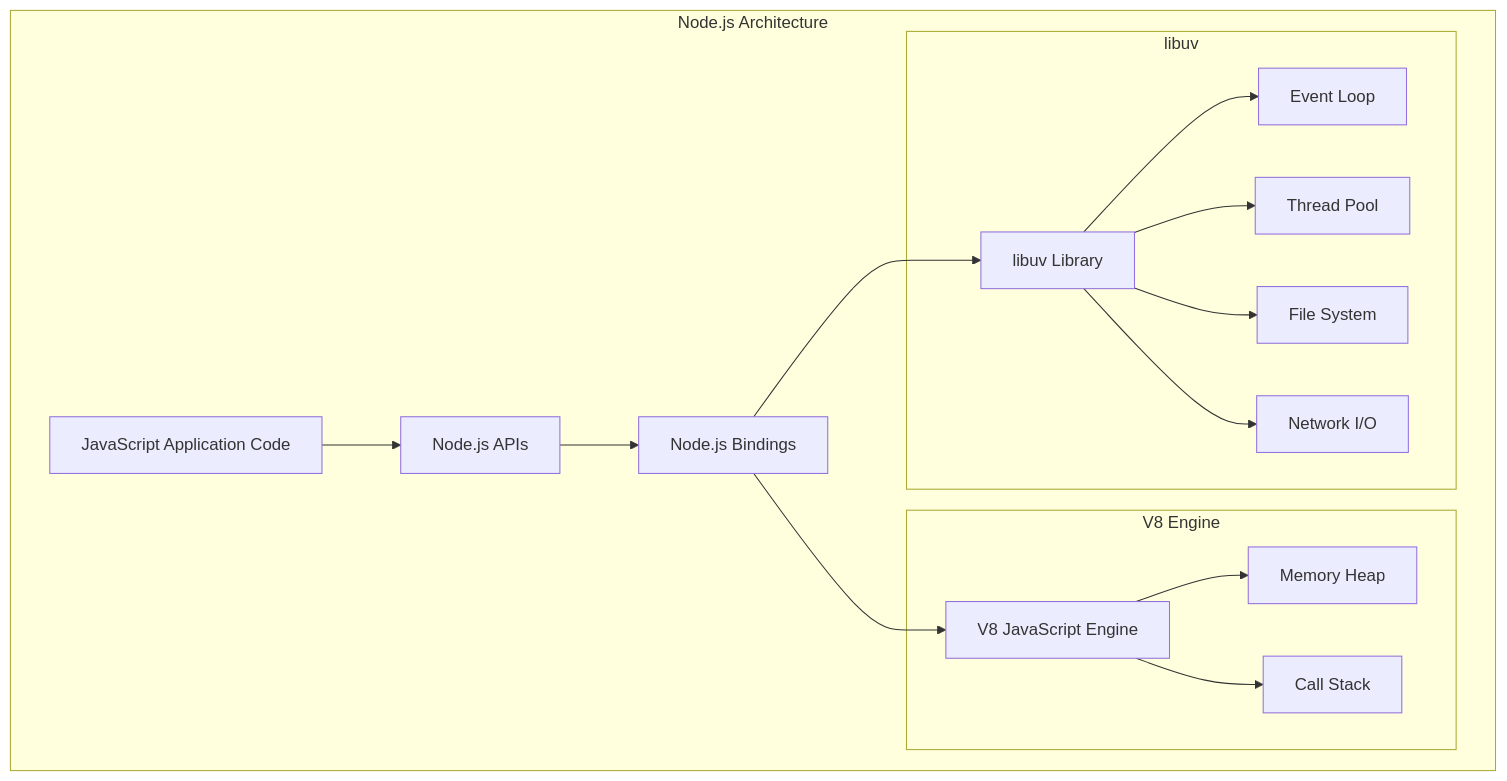
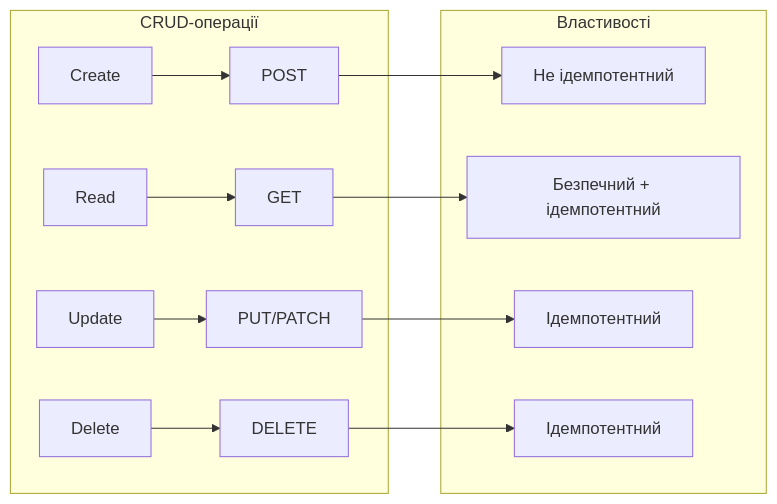
The third of 7 diagrams in lectures/lecture-03.md (olroi421/course-web), drawn with Mermaid before and after one commit. The commit also changed other lines of this file and 10 other files, not shown here.

````diff
--- a/lectures/lecture-03.md
+++ b/lectures/lecture-03.md
@@ -17,21 +186,16 @@
 ```mermaid
-graph TB
-    subgraph "Node.js Architecture"
-        A[JavaScript Application Code] --> B[Node.js APIs]
-        B --> C[Node.js Bindings]
-        C --> D[V8 JavaScript Engine]
-        C --> E[libuv Library]
+graph LR
+    subgraph "CRUD-операції"
+        C[Create] --> POST[POST]
+        R[Read] --> GET[GET]
+        U[Update] --> PUT[PUT/PATCH]
+        D[Delete] --> DELETE[DELETE]
+    end
 
-        subgraph "V8 Engine"
-            D --> F[Memory Heap]
-            D --> G[Call Stack]
-        end
-
-        subgraph "libuv"
-            E --> H[Event Loop]
-            E --> I[Thread Pool]
-            E --> J[File System]
-            E --> K[Network I/O]
-        end
+    subgraph "Властивості"
+        POST --> P1[Не ідемпотентний]
+        GET --> G1[Безпечний + ідемпотентний]
+        PUT --> U1[Ідемпотентний]
+        DELETE --> D1[Ідемпотентний]
     end
 ```
````
